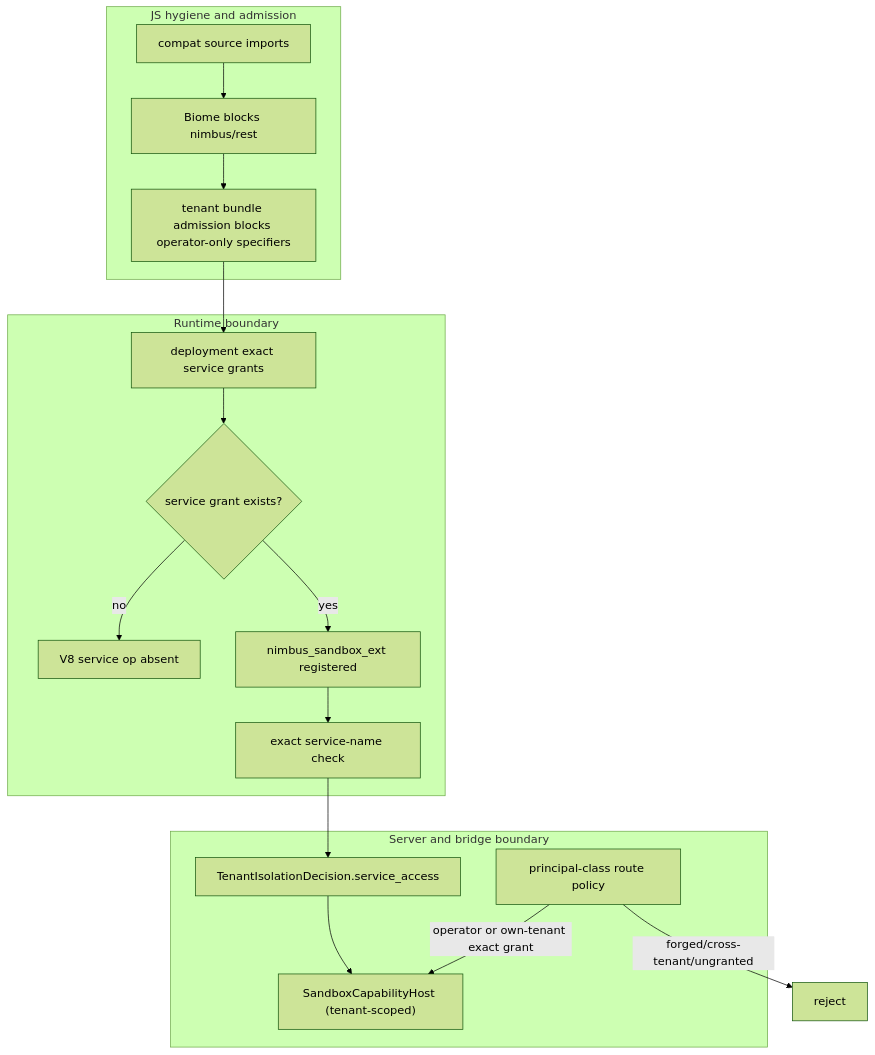
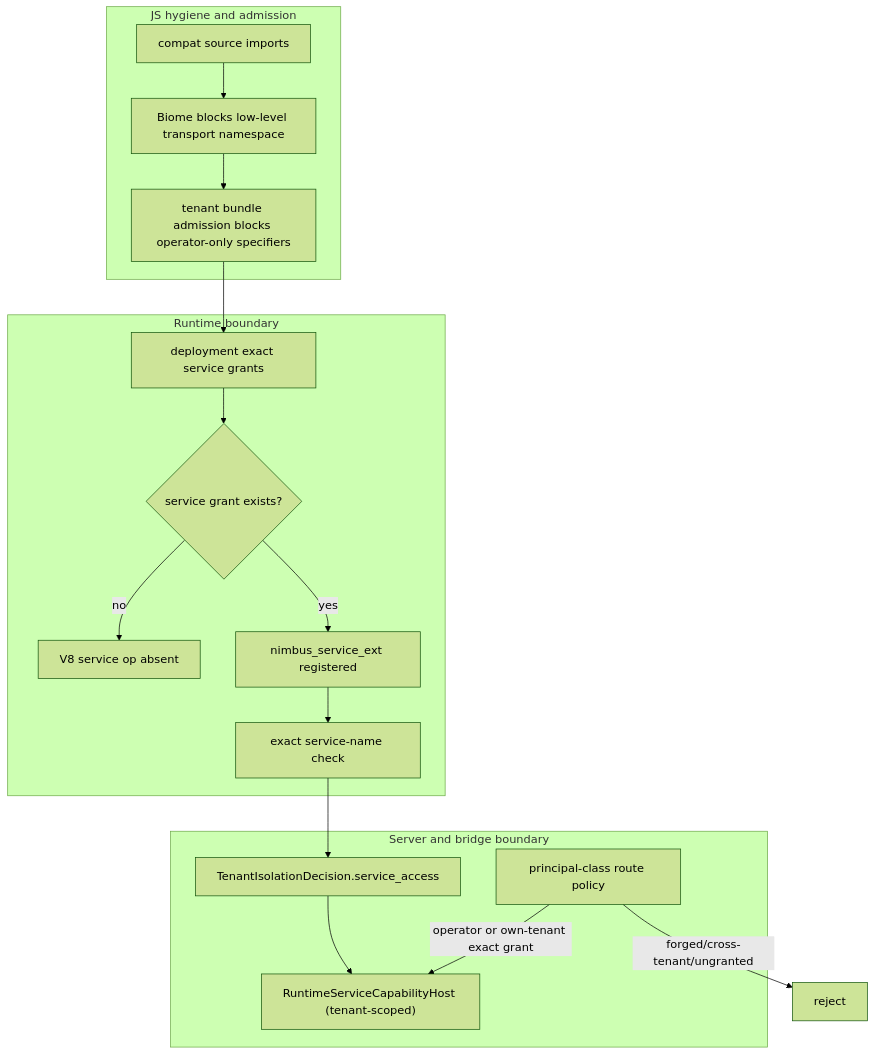
One commit to nimbus/nimbus changed the diagram in docs/plans/nimbus-capability-segregation-plan.md. Above: the diagram before and after it, drawn with Mermaid (forest theme). The commit also changed other lines of this file and 622 other files, not shown here.

````diff
--- a/docs/plans/nimbus-capability-segregation-plan.md
+++ b/docs/plans/nimbus-capability-segregation-plan.md
@@ -434,28 +740,28 @@
 ```mermaid
 flowchart TB
     subgraph js["JS hygiene and admission"]
         A["compat source imports"]
-        B["Biome blocks nimbus/rest"]
+        B["Biome blocks low-level transport namespace"]
         C["tenant bundle admission blocks operator-only specifiers"]
     end
 
     subgraph runtime["Runtime boundary"]
         D["deployment exact service grants"]
         E{"service grant exists?"}
         F["V8 service op absent"]
-        G["nimbus_sandbox_ext registered"]
+        G["nimbus_service_ext registered"]
         H["exact service-name check"]
     end
 
     subgraph server["Server and bridge boundary"]
         I["TenantIsolationDecision.service_access"]
-        J["SandboxCapabilityHost (tenant-scoped)"]
+        J["RuntimeServiceCapabilityHost (tenant-scoped)"]
         K["principal-class route policy"]
     end
 
     A --> B --> C --> D --> E
     E -->|"no"| F
     E -->|"yes"| G --> H --> I --> J
     K -->|"operator or own-tenant exact grant"| J
     K -->|"forged/cross-tenant/ungranted"| L["reject"]
 ```
````
